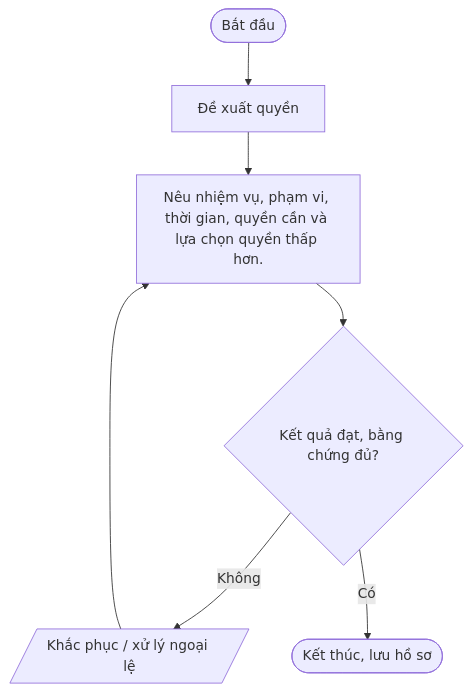
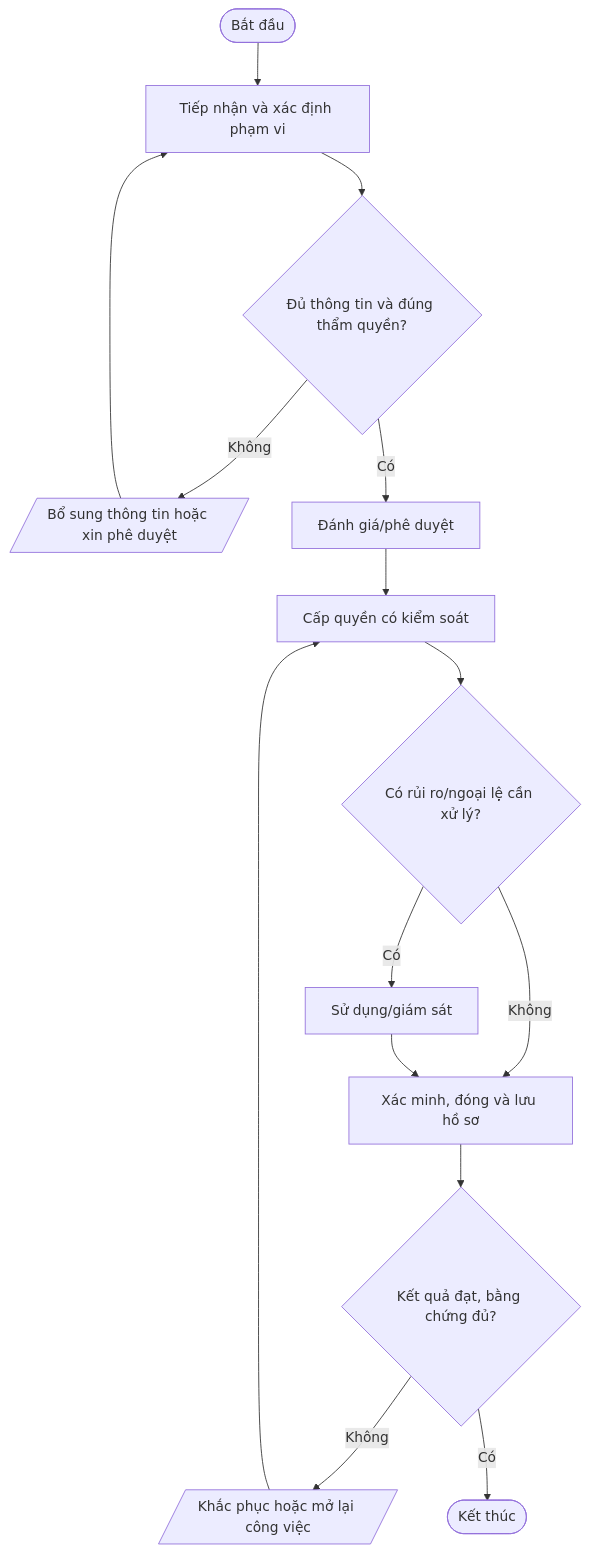
One commit to daoaigiangnam/Quy_Trinh_Chuan changed the second of 11 diagrams in quy-trinh/03-An-toan-thong-tin/README.md. Above: the diagram before and after it, drawn with Mermaid. The commit also changed other lines of this file, not shown here.

Commit message:
docs: refine detailed procedure steps and Mermaid flowcharts

````diff
--- a/quy-trinh/03-An-toan-thong-tin/README.md
+++ b/quy-trinh/03-An-toan-thong-tin/README.md
@@ -124,11 +145,17 @@
 ```mermaid
 flowchart TD
-  A([Bắt đầu]) --> S1
-  S1["Đề xuất quyền"]
-  S2["Nêu nhiệm vụ, phạm vi, thời gian, quyền cần và lựa chọn quyền thấp hơn."]
-  S1 --> S2
-  S2 --> D2{"Kết quả đạt, bằng chứng đủ?"}
-  D2 -- Không --> REWORK[/"Khắc phục / xử lý ngoại lệ"/]
-  REWORK --> S2
-  D2 -- Có --> Z([Kết thúc, lưu hồ sơ])
+  A([Bắt đầu]) --> S1["Tiếp nhận và xác định phạm vi"]
+  S1 --> D1{"Đủ thông tin và đúng thẩm quyền?"}
+  D1 -- Không --> F1[/"Bổ sung thông tin hoặc xin phê duyệt"/]
+  F1 --> S1
+  D1 -- Có --> S2["Đánh giá/phê duyệt"]
+  S2 --> S3["Cấp quyền có kiểm soát"]
+  S3 --> D2{"Có rủi ro/ngoại lệ cần xử lý?"}
+  D2 -- Có --> S4["Sử dụng/giám sát"]
+  D2 -- Không --> S5["Xác minh, đóng và lưu hồ sơ"]
+  S4 --> S5
+  S5 --> D3{"Kết quả đạt, bằng chứng đủ?"}
+  D3 -- Không --> R[/"Khắc phục hoặc mở lại công việc"/]
+  R --> S3
+  D3 -- Có --> Z([Kết thúc])
 ```
````
